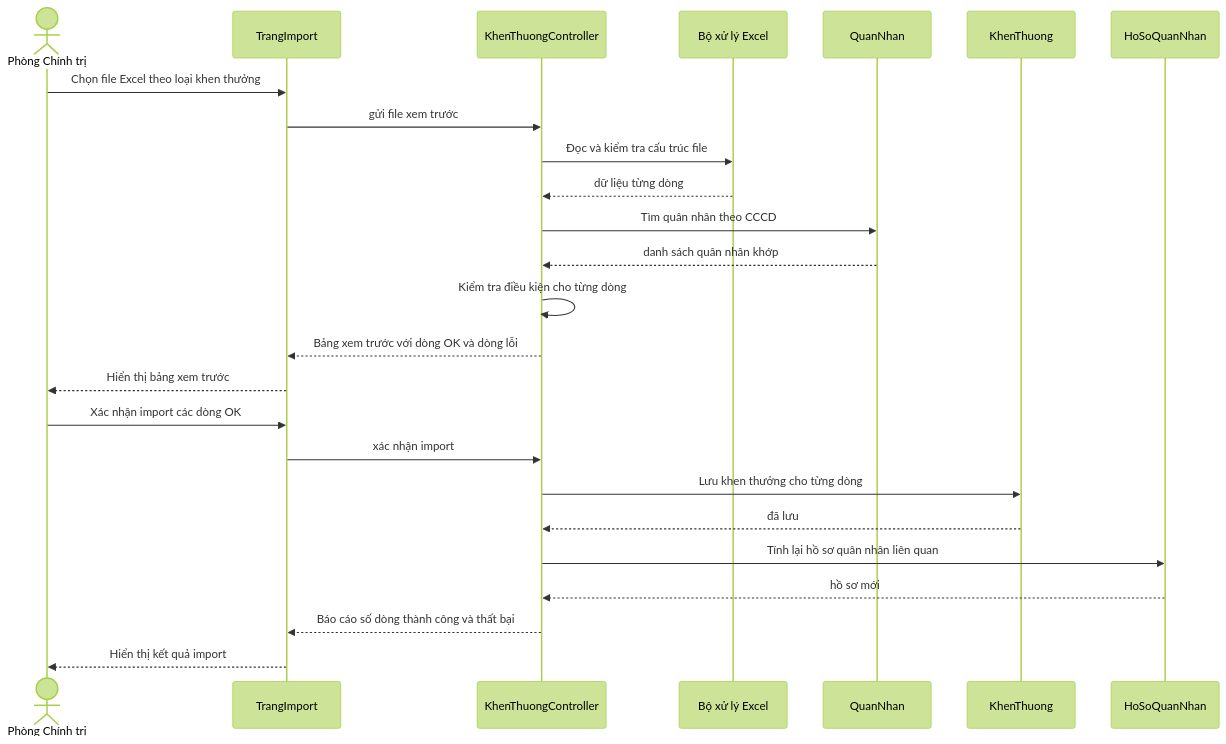
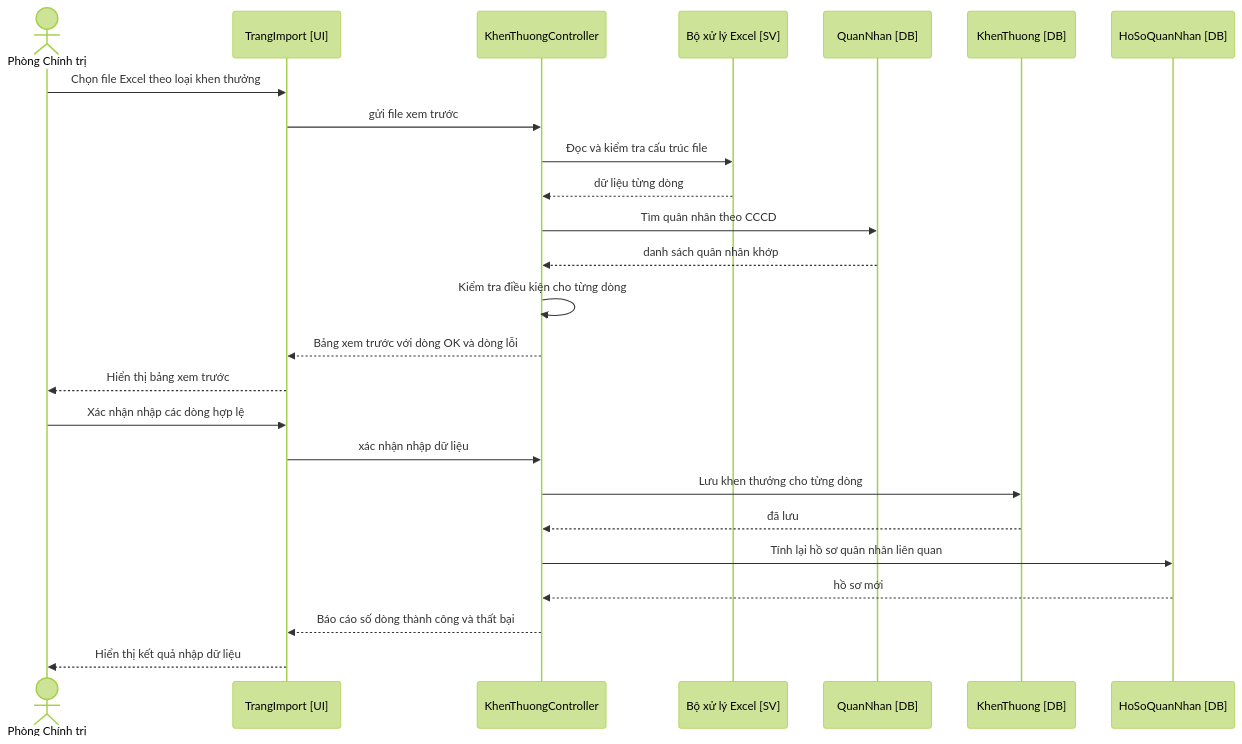
The fifth of 8 diagrams in docs/diagrams/05-sequence.md (tranducbk/DATN_PM_QLKT), drawn with Mermaid (forest theme) before and after one commit. The commit also changed other lines of this file and 29 other files, not shown here.

First line of the commit message:
Update CLAUDE.md with additional validation rules and introduce new database schema

````diff
--- a/docs/diagrams/05-sequence.md
+++ b/docs/diagrams/05-sequence.md
@@ -148,29 +148,29 @@
 ```mermaid
 sequenceDiagram
     actor ADM as Phòng Chính trị
-    participant Page as TrangImport
+    participant Page as TrangImport [UI]
     participant Ctrl as KhenThuongController
-    participant Excel as Bộ xử lý Excel
-    participant QN as QuanNhan
-    participant KT as KhenThuong
-    participant HS as HoSoQuanNhan
+    participant Excel as Bộ xử lý Excel [SV]
+    participant QN as QuanNhan [DB]
+    participant KT as KhenThuong [DB]
+    participant HS as HoSoQuanNhan [DB]
 
     ADM->>Page: Chọn file Excel theo loại khen thưởng
     Page->>Ctrl: gửi file xem trước
     Ctrl->>Excel: Đọc và kiểm tra cấu trúc file
     Excel-->>Ctrl: dữ liệu từng dòng
     Ctrl->>QN: Tìm quân nhân theo CCCD
     QN-->>Ctrl: danh sách quân nhân khớp
     Ctrl->>Ctrl: Kiểm tra điều kiện cho từng dòng
     Ctrl-->>Page: Bảng xem trước với dòng OK và dòng lỗi
     Page-->>ADM: Hiển thị bảng xem trước
 
-    ADM->>Page: Xác nhận import các dòng OK
-    Page->>Ctrl: xác nhận import
+    ADM->>Page: Xác nhận nhập các dòng hợp lệ
+    Page->>Ctrl: xác nhận nhập dữ liệu
     Ctrl->>KT: Lưu khen thưởng cho từng dòng
     KT-->>Ctrl: đã lưu
     Ctrl->>HS: Tính lại hồ sơ quân nhân liên quan
     HS-->>Ctrl: hồ sơ mới
     Ctrl-->>Page: Báo cáo số dòng thành công và thất bại
-    Page-->>ADM: Hiển thị kết quả import
+    Page-->>ADM: Hiển thị kết quả nhập dữ liệu
 ```
````
